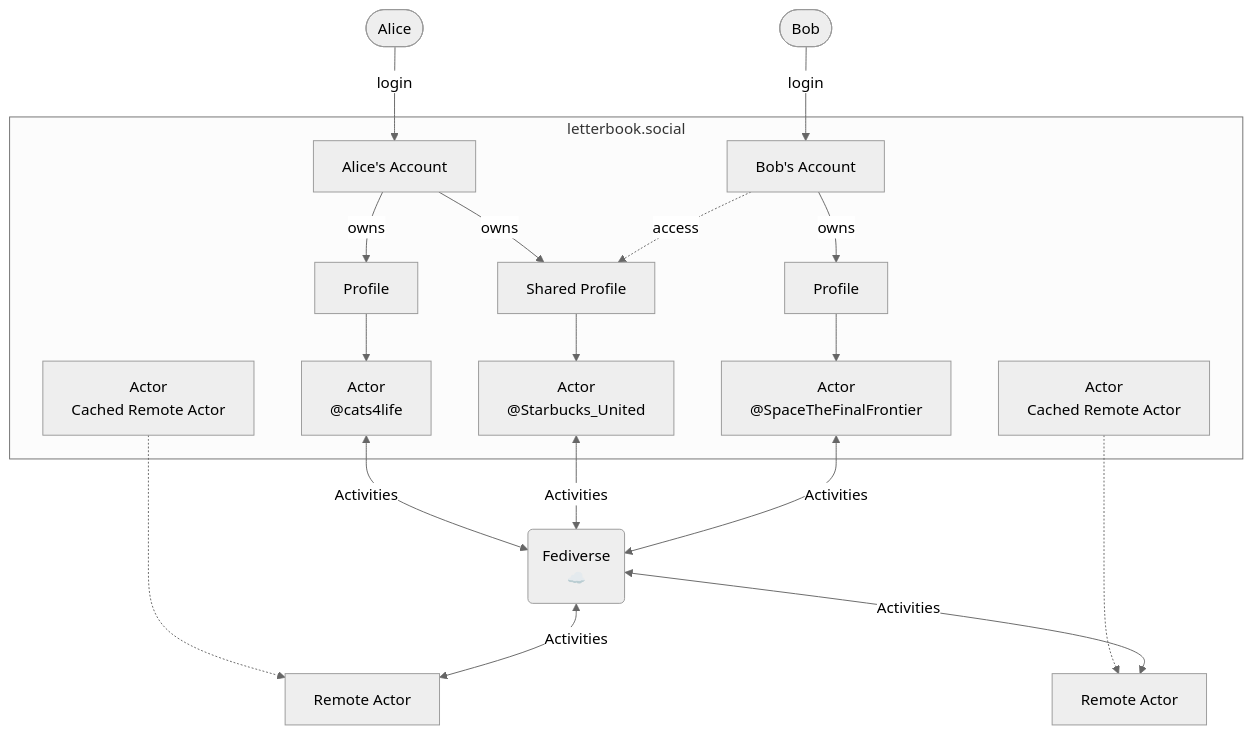
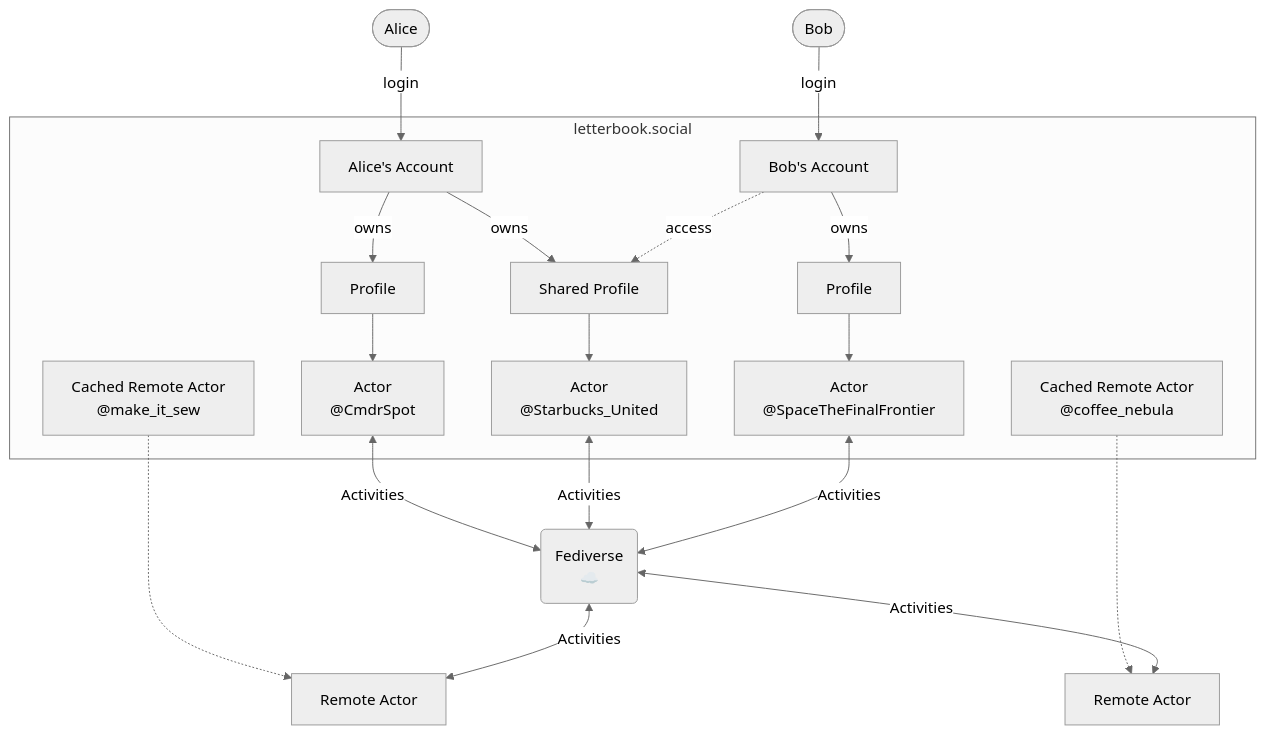
Before and after one commit to Letterbook/Letterbook: the diagram in docs/decisions/03-accounts-profiles-actors.md, drawn with Mermaid (neutral theme). The commit also changed other lines of this file, not shown here.

````diff
--- a/docs/decisions/03-accounts-profiles-actors.md
+++ b/docs/decisions/03-accounts-profiles-actors.md
@@ -14,35 +23,35 @@
 ```mermaid
 flowchart TD
     A1[Alice's Account]
     A2[Bob's Account]
     P1[Profile]
     P2[Shared Profile]
     P3[Profile]
-    C1["Actor\n@cats4life"]
+    C1["Actor\n@CmdrSpot"]
     C2["Actor\n@Starbucks_United"]
     C3["Actor\n@SpaceTheFinalFrontier"]
     CR1[Remote Actor]
     CR2[Remote Actor]
     U1([Alice])
     U2([Bob])
     F("Fediverse\n☁️")
 
     U1 -->|login| A1
     U2 -->|login| A2
 
     subgraph "letterbook.social"
-        C4["Actor\nCached Remote Actor"]
-        C5["Actor\nCached Remote Actor"]
+        C4["Cached Remote Actor\n@make_it_sew"]
+        C5["Cached Remote Actor\n@coffee_nebula"]
         A1 -->|owns| P1 & P2
         A2 -.->|access| P2
         A2 -->|owns| P3
         P1 --> C1
         P2 --> C2
         P3 --> C3    
     end
 
     C4 -.-> CR1
     C5 -.-> CR2
     C1 & C2 & C3 <-->|Activities| F
     F <-->|Activities| CR1 & CR2
 ```
````
